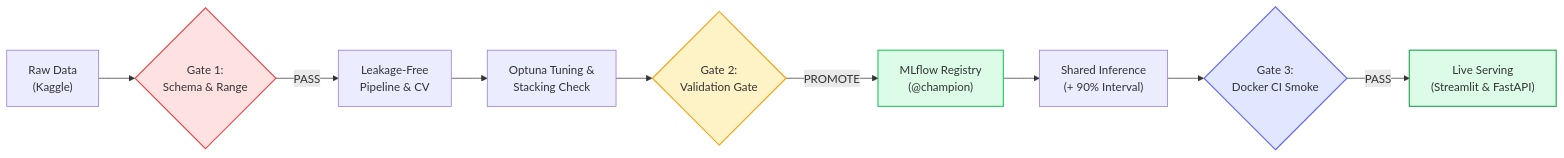
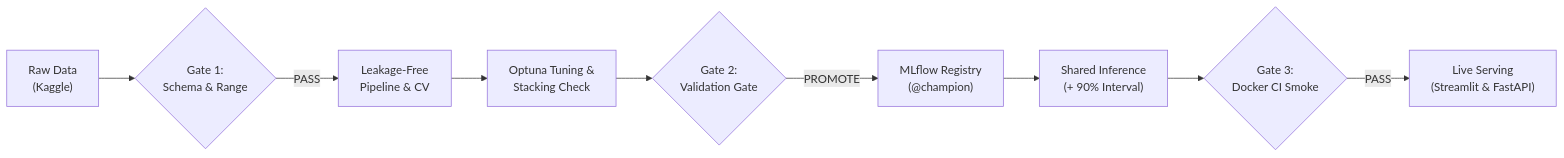
Before and after one commit to goyashek/tech-salary-advisor: the diagram in README.md, drawn with Mermaid.

Commit message:
use native theme styles for mermaid diagram

````diff
--- a/README.md
+++ b/README.md
@@ -63,17 +63,11 @@
 ```mermaid
 flowchart LR
     A["Raw Data\n(Kaggle)"] --> G1{"Gate 1:\nSchema & Range"}
     G1 -->|PASS| B["Leakage-Free\nPipeline & CV"]
     B --> C["Optuna Tuning &\nStacking Check"]
     C --> G2{"Gate 2:\nValidation Gate"}
     G2 -->|PROMOTE| D["MLflow Registry\n(@champion)"]
     D --> E["Shared Inference\n(+ 90% Interval)"]
     E --> G3{"Gate 3:\nDocker CI Smoke"}
     G3 -->|PASS| F["Live Serving\n(Streamlit & FastAPI)"]
-
-    style G1 fill:#fee2e2,stroke:#ef4444,stroke-width:1.5px
-    style G2 fill:#fef3c7,stroke:#f59e0b,stroke-width:1.5px
-    style G3 fill:#e0e7ff,stroke:#6366f1,stroke-width:1.5px
-    style D fill:#dcfce7,stroke:#22c55e,stroke-width:1.5px
-    style F fill:#dcfce7,stroke:#16a34a,stroke-width:1.5px
 ```
````
